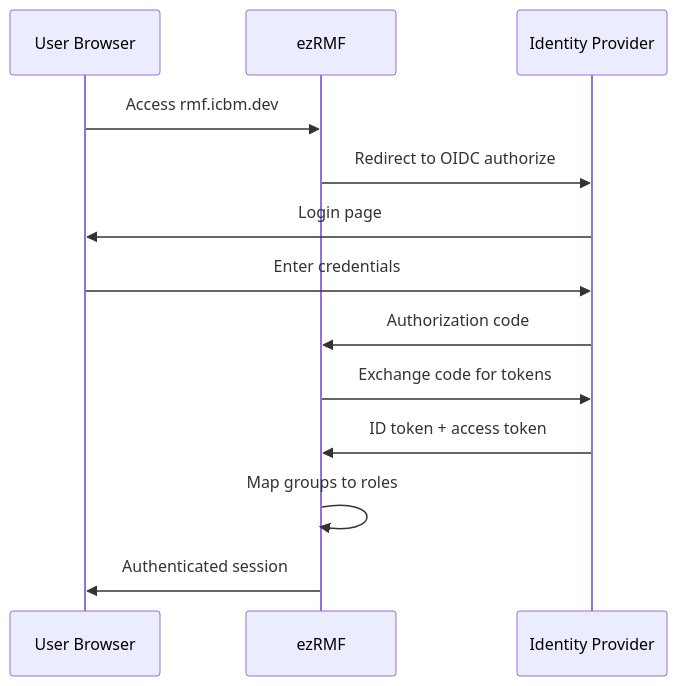
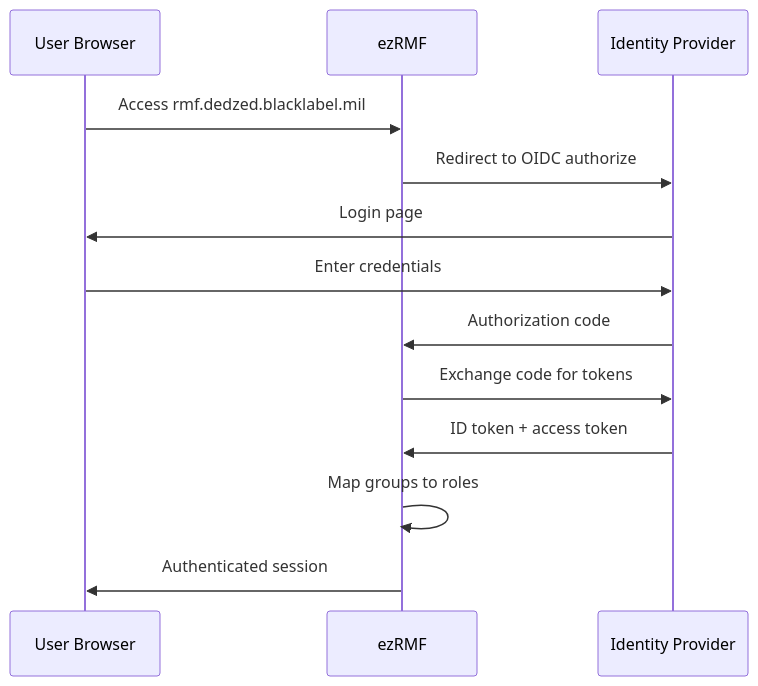
One commit to shebashio/docs changed the second of 2 diagrams in rmf/roles-and-permissions.mdx. Above: the diagram before and after it, drawn with Mermaid. The commit also changed 29 other files, not shown here.

First line of the commit message:
fix(docs): migrate icbm.dev URLs to dedzed.blacklabel.mil and remove Rancher references

````diff
--- a/rmf/roles-and-permissions.mdx
+++ b/rmf/roles-and-permissions.mdx
@@ -106,16 +106,16 @@
 ```mermaid
 sequenceDiagram
     participant User as User Browser
     participant ezRMF as ezRMF
     participant IDP as Identity Provider
 
-    User->>ezRMF: Access rmf.icbm.dev
+    User->>ezRMF: Access rmf.dedzed.blacklabel.mil
     ezRMF->>IDP: Redirect to OIDC authorize
     IDP->>User: Login page
     User->>IDP: Enter credentials
     IDP->>ezRMF: Authorization code
     ezRMF->>IDP: Exchange code for tokens
     IDP->>ezRMF: ID token + access token
     ezRMF->>ezRMF: Map groups to roles
     ezRMF->>User: Authenticated session
 ```
````
